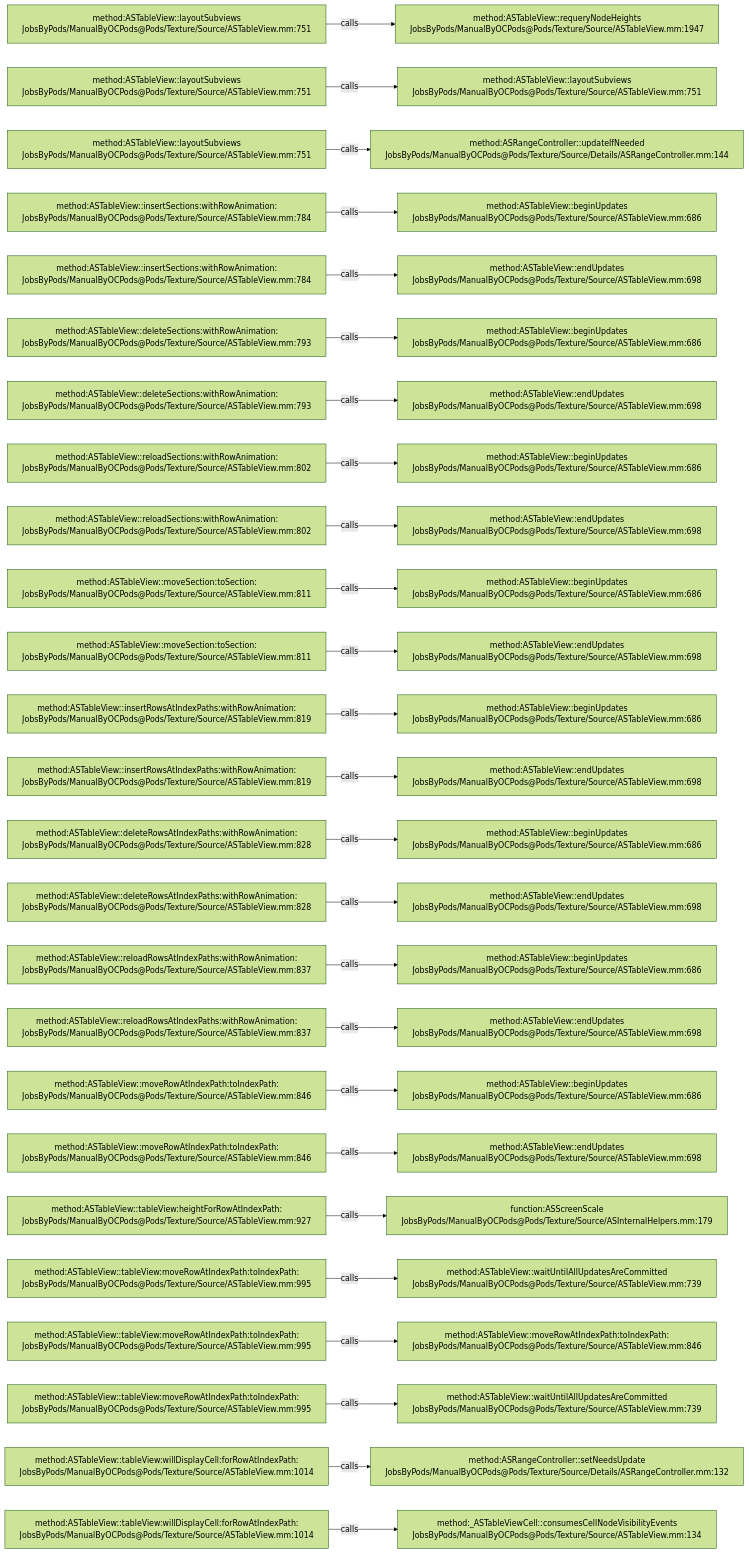
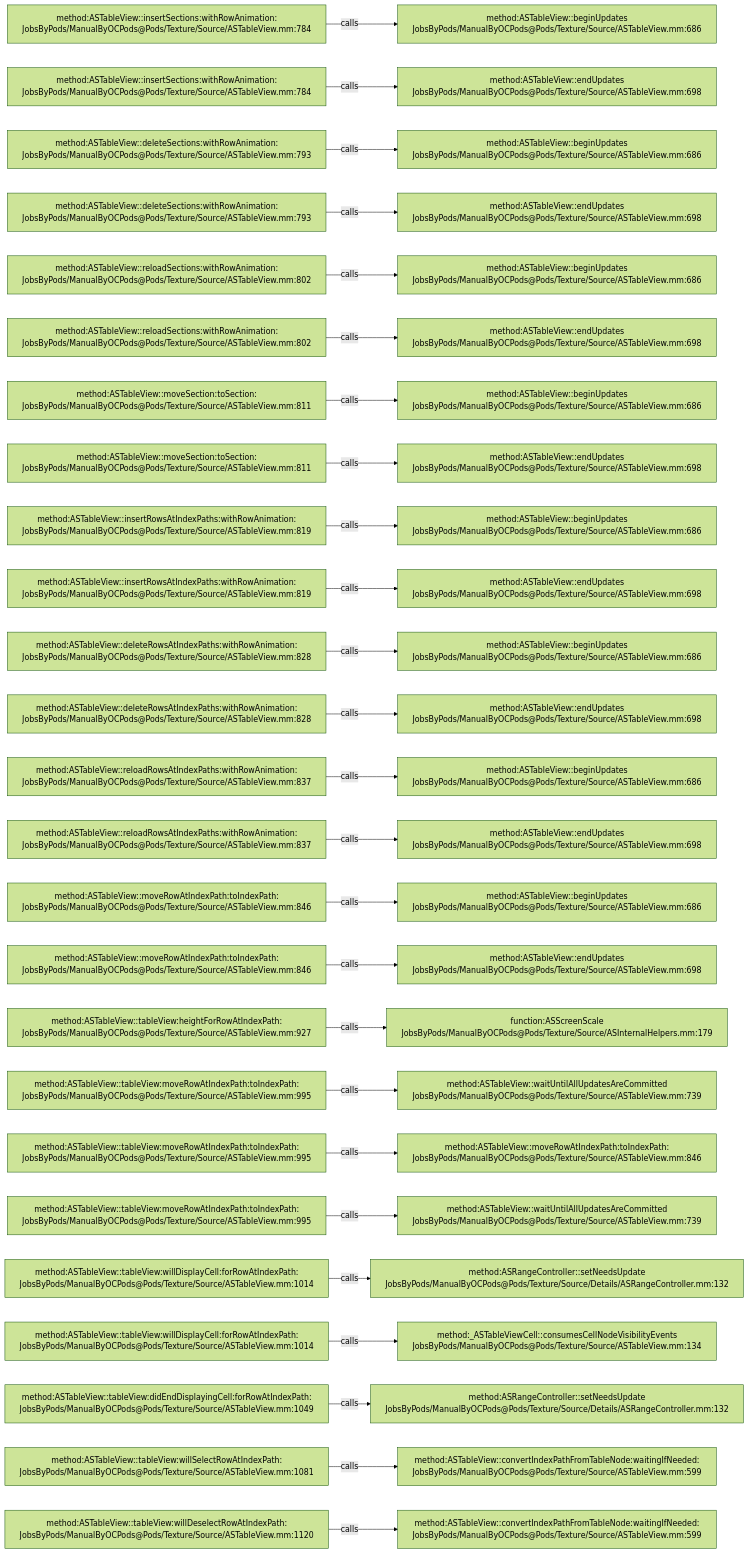
One commit to JobsKits/JobsOCBaseConfigDemo changed the diagram in .codegraph/codegraph.md/graphs/calls-130.md. Above: the diagram before and after it, drawn with Mermaid (forest theme). The commit also changed 342 other files, not shown here.

````diff
--- a/.codegraph/codegraph.md/graphs/calls-130.md
+++ b/.codegraph/codegraph.md/graphs/calls-130.md
@@ -13,78 +13,78 @@
 ```mermaid
 flowchart LR
-  S1["method:ASTableView::layoutSubviews<br/>JobsByPods/ManualByOCPods@Pods/Texture/Source/ASTableView.mm:751"]
-  T1["method:ASTableView::requeryNodeHeights<br/>JobsByPods/ManualByOCPods@Pods/Texture/Source/ASTableView.mm:1947"]
+  S1["method:ASTableView::insertSections:withRowAnimation:<br/>JobsByPods/ManualByOCPods@Pods/Texture/Source/ASTableView.mm:784"]
+  T1["method:ASTableView::beginUpdates<br/>JobsByPods/ManualByOCPods@Pods/Texture/Source/ASTableView.mm:686"]
   S1 -->|calls| T1
-  S2["method:ASTableView::layoutSubviews<br/>JobsByPods/ManualByOCPods@Pods/Texture/Source/ASTableView.mm:751"]
-  T2["method:ASTableView::layoutSubviews<br/>JobsByPods/ManualByOCPods@Pods/Texture/Source/ASTableView.mm:751"]
+  S2["method:ASTableView::insertSections:withRowAnimation:<br/>JobsByPods/ManualByOCPods@Pods/Texture/Source/ASTableView.mm:784"]
+  T2["method:ASTableView::endUpdates<br/>JobsByPods/ManualByOCPods@Pods/Texture/Source/ASTableView.mm:698"]
   S2 -->|calls| T2
-  S3["method:ASTableView::layoutSubviews<br/>JobsByPods/ManualByOCPods@Pods/Texture/Source/ASTableView.mm:751"]
-  T3["method:ASRangeController::updateIfNeeded<br/>JobsByPods/ManualByOCPods@Pods/Texture/Source/Details/ASRangeController.mm:144"]
+  S3["method:ASTableView::deleteSections:withRowAnimation:<br/>JobsByPods/ManualByOCPods@Pods/Texture/Source/ASTableView.mm:793"]
+  T3["method:ASTableView::beginUpdates<br/>JobsByPods/ManualByOCPods@Pods/Texture/Source/ASTableView.mm:686"]
   S3 -->|calls| T3
-  S4["method:ASTableView::insertSections:withRowAnimation:<br/>JobsByPods/ManualByOCPods@Pods/Texture/Source/ASTableView.mm:784"]
-  T4["method:ASTableView::beginUpdates<br/>JobsByPods/ManualByOCPods@Pods/Texture/Source/ASTableView.mm:686"]
+  S4["method:ASTableView::deleteSections:withRowAnimation:<br/>JobsByPods/ManualByOCPods@Pods/Texture/Source/ASTableView.mm:793"]
+  T4["method:ASTableView::endUpdates<br/>JobsByPods/ManualByOCPods@Pods/Texture/Source/ASTableView.mm:698"]
   S4 -->|calls| T4
-  S5["method:ASTableView::insertSections:withRowAnimation:<br/>JobsByPods/ManualByOCPods@Pods/Texture/Source/ASTableView.mm:784"]
-  T5["method:ASTableView::endUpdates<br/>JobsByPods/ManualByOCPods@Pods/Texture/Source/ASTableView.mm:698"]
+  S5["method:ASTableView::reloadSections:withRowAnimation:<br/>JobsByPods/ManualByOCPods@Pods/Texture/Source/ASTableView.mm:802"]
+  T5["method:ASTableView::beginUpdates<br/>JobsByPods/ManualByOCPods@Pods/Texture/Source/ASTableView.mm:686"]
   S5 -->|calls| T5
-  S6["method:ASTableView::deleteSections:withRowAnimation:<br/>JobsByPods/ManualByOCPods@Pods/Texture/Source/ASTableView.mm:793"]
-  T6["method:ASTableView::beginUpdates<br/>JobsByPods/ManualByOCPods@Pods/Texture/Source/ASTableView.mm:686"]
+  S6["method:ASTableView::reloadSections:withRowAnimation:<br/>JobsByPods/ManualByOCPods@Pods/Texture/Source/ASTableView.mm:802"]
+  T6["method:ASTableView::endUpdates<br/>JobsByPods/ManualByOCPods@Pods/Texture/Source/ASTableView.mm:698"]
   S6 -->|calls| T6
-  S7["method:ASTableView::deleteSections:withRowAnimation:<br/>JobsByPods/ManualByOCPods@Pods/Texture/Source/ASTableView.mm:793"]
-  T7["method:ASTableView::endUpdates<br/>JobsByPods/ManualByOCPods@Pods/Texture/Source/ASTableView.mm:698"]
+  S7["method:ASTableView::moveSection:toSection:<br/>JobsByPods/ManualByOCPods@Pods/Texture/Source/ASTableView.mm:811"]
+  T7["method:ASTableView::beginUpdates<br/>JobsByPods/ManualByOCPods@Pods/Texture/Source/ASTableView.mm:686"]
   S7 -->|calls| T7
-  S8["method:ASTableView::reloadSections:withRowAnimation:<br/>JobsByPods/ManualByOCPods@Pods/Texture/Source/ASTableView.mm:802"]
-  T8["method:ASTableView::beginUpdates<br/>JobsByPods/ManualByOCPods@Pods/Texture/Source/ASTableView.mm:686"]
+  S8["method:ASTableView::moveSection:toSection:<br/>JobsByPods/ManualByOCPods@Pods/Texture/Source/ASTableView.mm:811"]
+  T8["method:ASTableView::endUpdates<br/>JobsByPods/ManualByOCPods@Pods/Texture/Source/ASTableView.mm:698"]
   S8 -->|calls| T8
-  S9["method:ASTableView::reloadSections:withRowAnimation:<br/>JobsByPods/ManualByOCPods@Pods/Texture/Source/ASTableView.mm:802"]
-  T9["method:ASTableView::endUpdates<br/>JobsByPods/ManualByOCPods@Pods/Texture/Source/ASTableView.mm:698"]
+  S9["method:ASTableView::insertRowsAtIndexPaths:withRowAnimation:<br/>JobsByPods/ManualByOCPods@Pods/Texture/Source/ASTableView.mm:819"]
+  T9["method:ASTableView::beginUpdates<br/>JobsByPods/ManualByOCPods@Pods/Texture/Source/ASTableView.mm:686"]
   S9 -->|calls| T9
-  S10["method:ASTableView::moveSection:toSection:<br/>JobsByPods/ManualByOCPods@Pods/Texture/Source/ASTableView.mm:811"]
-  T10["method:ASTableView::beginUpdates<br/>JobsByPods/ManualByOCPods@Pods/Texture/Source/ASTableView.mm:686"]
+  S10["method:ASTableView::insertRowsAtIndexPaths:withRowAnimation:<br/>JobsByPods/ManualByOCPods@Pods/Texture/Source/ASTableView.mm:819"]
+  T10["method:ASTableView::endUpdates<br/>JobsByPods/ManualByOCPods@Pods/Texture/Source/ASTableView.mm:698"]
   S10 -->|calls| T10
-  S11["method:ASTableView::moveSection:toSection:<br/>JobsByPods/ManualByOCPods@Pods/Texture/Source/ASTableView.mm:811"]
-  T11["method:ASTableView::endUpdates<br/>JobsByPods/ManualByOCPods@Pods/Texture/Source/ASTableView.mm:698"]
+  S11["method:ASTableView::deleteRowsAtIndexPaths:withRowAnimation:<br/>JobsByPods/ManualByOCPods@Pods/Texture/Source/ASTableView.mm:828"]
+  T11["method:ASTableView::beginUpdates<br/>JobsByPods/ManualByOCPods@Pods/Texture/Source/ASTableView.mm:686"]
   S11 -->|calls| T11
-  S12["method:ASTableView::insertRowsAtIndexPaths:withRowAnimation:<br/>JobsByPods/ManualByOCPods@Pods/Texture/Source/ASTableView.mm:819"]
-  T12["method:ASTableView::beginUpdates<br/>JobsByPods/ManualByOCPods@Pods/Texture/Source/ASTableView.mm:686"]
+  S12["method:ASTableView::deleteRowsAtIndexPaths:withRowAnimation:<br/>JobsByPods/ManualByOCPods@Pods/Texture/Source/ASTableView.mm:828"]
+  T12["method:ASTableView::endUpdates<br/>JobsByPods/ManualByOCPods@Pods/Texture/Source/ASTableView.mm:698"]
   S12 -->|calls| T12
-  S13["method:ASTableView::insertRowsAtIndexPaths:withRowAnimation:<br/>JobsByPods/ManualByOCPods@Pods/Texture/Source/ASTableView.mm:819"]
-  T13["method:ASTableView::endUpdates<br/>JobsByPods/ManualByOCPods@Pods/Texture/Source/ASTableView.mm:698"]
+  S13["method:ASTableView::reloadRowsAtIndexPaths:withRowAnimation:<br/>JobsByPods/ManualByOCPods@Pods/Texture/Source/ASTableView.mm:837"]
+  T13["method:ASTableView::beginUpdates<br/>JobsByPods/ManualByOCPods@Pods/Texture/Source/ASTableView.mm:686"]
   S13 -->|calls| T13
-  S14["method:ASTableView::deleteRowsAtIndexPaths:withRowAnimation:<br/>JobsByPods/ManualByOCPods@Pods/Texture/Source/ASTableView.mm:828"]
-  T14["method:ASTableView::beginUpdates<br/>JobsByPods/ManualByOCPods@Pods/Texture/Source/ASTableView.mm:686"]
+  S14["method:ASTableView::reloadRowsAtIndexPaths:withRowAnimation:<br/>JobsByPods/ManualByOCPods@Pods/Texture/Source/ASTableView.mm:837"]
+  T14["method:ASTableView::endUpdates<br/>JobsByPods/ManualByOCPods@Pods/Texture/Source/ASTableView.mm:698"]
   S14 -->|calls| T14
-  S15["method:ASTableView::deleteRowsAtIndexPaths:withRowAnimation:<br/>JobsByPods/ManualByOCPods@Pods/Texture/Source/ASTableView.mm:828"]
-  T15["method:ASTableView::endUpdates<br/>JobsByPods/ManualByOCPods@Pods/Texture/Source/ASTableView.mm:698"]
+  S15["method:ASTableView::moveRowAtIndexPath:toIndexPath:<br/>JobsByPods/ManualByOCPods@Pods/Texture/Source/ASTableView.mm:846"]
+  T15["method:ASTableView::beginUpdates<br/>JobsByPods/ManualByOCPods@Pods/Texture/Source/ASTableView.mm:686"]
   S15 -->|calls| T15
-  S16["method:ASTableView::reloadRowsAtIndexPaths:withRowAnimation:<br/>JobsByPods/ManualByOCPods@Pods/Texture/Source/ASTableView.mm:837"]
-  T16["method:ASTableView::beginUpdates<br/>JobsByPods/ManualByOCPods@Pods/Texture/Source/ASTableView.mm:686"]
+  S16["method:ASTableView::moveRowAtIndexPath:toIndexPath:<br/>JobsByPods/ManualByOCPods@Pods/Texture/Source/ASTableView.mm:846"]
+  T16["method:ASTableView::endUpdates<br/>JobsByPods/ManualByOCPods@Pods/Texture/Source/ASTableView.mm:698"]
   S16 -->|calls| T16
-  S17["method:ASTableView::reloadRowsAtIndexPaths:withRowAnimation:<br/>JobsByPods/ManualByOCPods@Pods/Texture/Source/ASTableView.mm:837"]
-  T17["method:ASTableView::endUpdates<br/>JobsByPods/ManualByOCPods@Pods/Texture/Source/ASTableView.mm:698"]
+  S17["method:ASTableView::tableView:heightForRowAtIndexPath:<br/>JobsByPods/ManualByOCPods@Pods/Texture/Source/ASTableView.mm:927"]
+  T17["function:ASScreenScale<br/>JobsByPods/ManualByOCPods@Pods/Texture/Source/ASInternalHelpers.mm:179"]
   S17 -->|calls| T17
-  S18["method:ASTableView::moveRowAtIndexPath:toIndexPath:<br/>JobsByPods/ManualByOCPods@Pods/Texture/Source/ASTableView.mm:846"]
-  T18["method:ASTableView::beginUpdates<br/>JobsByPods/ManualByOCPods@Pods/Texture/Source/ASTableView.mm:686"]
+  S18["method:ASTableView::tableView:moveRowAtIndexPath:toIndexPath:<br/>JobsByPods/ManualByOCPods@Pods/Texture/Source/ASTableView.mm:995"]
+  T18["method:ASTableView::waitUntilAllUpdatesAreCommitted<br/>JobsByPods/ManualByOCPods@Pods/Texture/Source/ASTableView.mm:739"]
   S18 -->|calls| T18
-  S19["method:ASTableView::moveRowAtIndexPath:toIndexPath:<br/>JobsByPods/ManualByOCPods@Pods/Texture/Source/ASTableView.mm:846"]
-  T19["method:ASTableView::endUpdates<br/>JobsByPods/ManualByOCPods@Pods/Texture/Source/ASTableView.mm:698"]
+  S19["method:ASTableView::tableView:moveRowAtIndexPath:toIndexPath:<br/>JobsByPods/ManualByOCPods@Pods/Texture/Source/ASTableView.mm:995"]
+  T19["method:ASTableView::moveRowAtIndexPath:toIndexPath:<br/>JobsByPods/ManualByOCPods@Pods/Texture/Source/ASTableView.mm:846"]
   S19 -->|calls| T19
-  S20["method:ASTableView::tableView:heightForRowAtIndexPath:<br/>JobsByPods/ManualByOCPods@Pods/Texture/Source/ASTableView.mm:927"]
-  T20["function:ASScreenScale<br/>JobsByPods/ManualByOCPods@Pods/Texture/Source/ASInternalHelpers.mm:179"]
+  S20["method:ASTableView::tableView:moveRowAtIndexPath:toIndexPath:<br/>JobsByPods/ManualByOCPods@Pods/Texture/Source/ASTableView.mm:995"]
+  T20["method:ASTableView::waitUntilAllUpdatesAreCommitted<br/>JobsByPods/ManualByOCPods@Pods/Texture/Source/ASTableView.mm:739"]
   S20 -->|calls| T20
-  S21["method:ASTableView::tableView:moveRowAtIndexPath:toIndexPath:<br/>JobsByPods/ManualByOCPods@Pods/Texture/Source/ASTableView.mm:995"]
-  T21["method:ASTableView::waitUntilAllUpdatesAreCommitted<br/>JobsByPods/ManualByOCPods@Pods/Texture/Source/ASTableView.mm:739"]
+  S21["method:ASTableView::tableView:willDisplayCell:forRowAtIndexPath:<br/>JobsByPods/ManualByOCPods@Pods/Texture/Source/ASTableView.mm:1014"]
+  T21["method:ASRangeController::setNeedsUpdate<br/>JobsByPods/ManualByOCPods@Pods/Texture/Source/Details/ASRangeController.mm:132"]
   S21 -->|calls| T21
-  S22["method:ASTableView::tableView:moveRowAtIndexPath:toIndexPath:<br/>JobsByPods/ManualByOCPods@Pods/Texture/Source/ASTableView.mm:995"]
-  T22["method:ASTableView::moveRowAtIndexPath:toIndexPath:<br/>JobsByPods/ManualByOCPods@Pods/Texture/Source/ASTableView.mm:846"]
+  S22["method:ASTableView::tableView:willDisplayCell:forRowAtIndexPath:<br/>JobsByPods/ManualByOCPods@Pods/Texture/Source/ASTableView.mm:1014"]
+  T22["method:_ASTableViewCell::consumesCellNodeVisibilityEvents<br/>JobsByPods/ManualByOCPods@Pods/Texture/Source/ASTableView.mm:134"]
   S22 -->|calls| T22
-  S23["method:ASTableView::tableView:moveRowAtIndexPath:toIndexPath:<br/>JobsByPods/ManualByOCPods@Pods/Texture/Source/ASTableView.mm:995"]
-  T23["method:ASTableView::waitUntilAllUpdatesAreCommitted<br/>JobsByPods/ManualByOCPods@Pods/Texture/Source/ASTableView.mm:739"]
+  S23["method:ASTableView::tableView:didEndDisplayingCell:forRowAtIndexPath:<br/>JobsByPods/ManualByOCPods@Pods/Texture/Source/ASTableView.mm:1049"]
+  T23["method:ASRangeController::setNeedsUpdate<br/>JobsByPods/ManualByOCPods@Pods/Texture/Source/Details/ASRangeController.mm:132"]
   S23 -->|calls| T23
-  S24["method:ASTableView::tableView:willDisplayCell:forRowAtIndexPath:<br/>JobsByPods/ManualByOCPods@Pods/Texture/Source/ASTableView.mm:1014"]
-  T24["method:ASRangeController::setNeedsUpdate<br/>JobsByPods/ManualByOCPods@Pods/Texture/Source/Details/ASRangeController.mm:132"]
+  S24["method:ASTableView::tableView:willSelectRowAtIndexPath:<br/>JobsByPods/ManualByOCPods@Pods/Texture/Source/ASTableView.mm:1081"]
+  T24["method:ASTableView::convertIndexPathFromTableNode:waitingIfNeeded:<br/>JobsByPods/ManualByOCPods@Pods/Texture/Source/ASTableView.mm:599"]
   S24 -->|calls| T24
-  S25["method:ASTableView::tableView:willDisplayCell:forRowAtIndexPath:<br/>JobsByPods/ManualByOCPods@Pods/Texture/Source/ASTableView.mm:1014"]
-  T25["method:_ASTableViewCell::consumesCellNodeVisibilityEvents<br/>JobsByPods/ManualByOCPods@Pods/Texture/Source/ASTableView.mm:134"]
+  S25["method:ASTableView::tableView:willDeselectRowAtIndexPath:<br/>JobsByPods/ManualByOCPods@Pods/Texture/Source/ASTableView.mm:1120"]
+  T25["method:ASTableView::convertIndexPathFromTableNode:waitingIfNeeded:<br/>JobsByPods/ManualByOCPods@Pods/Texture/Source/ASTableView.mm:599"]
   S25 -->|calls| T25
 ```
````
